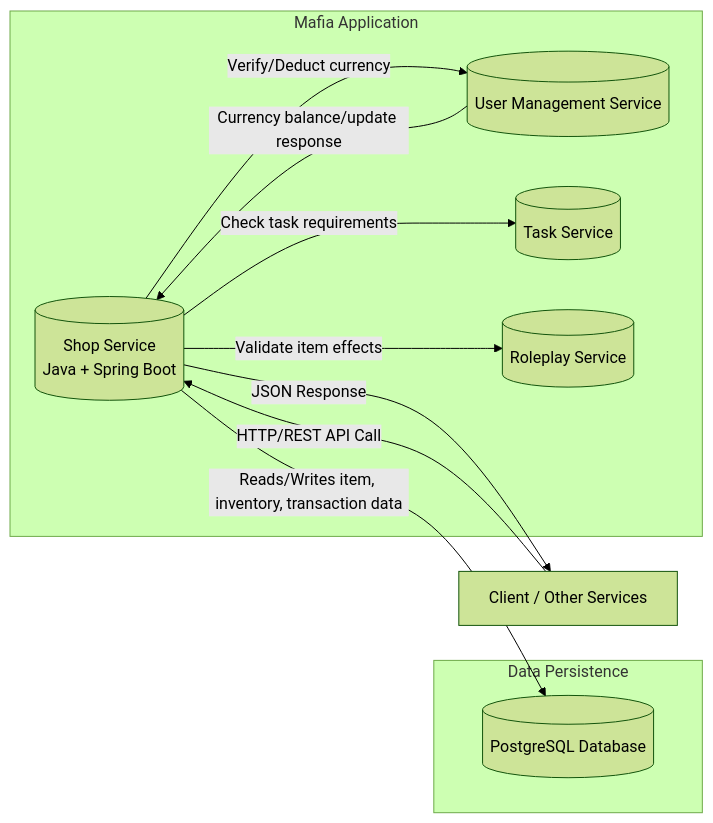
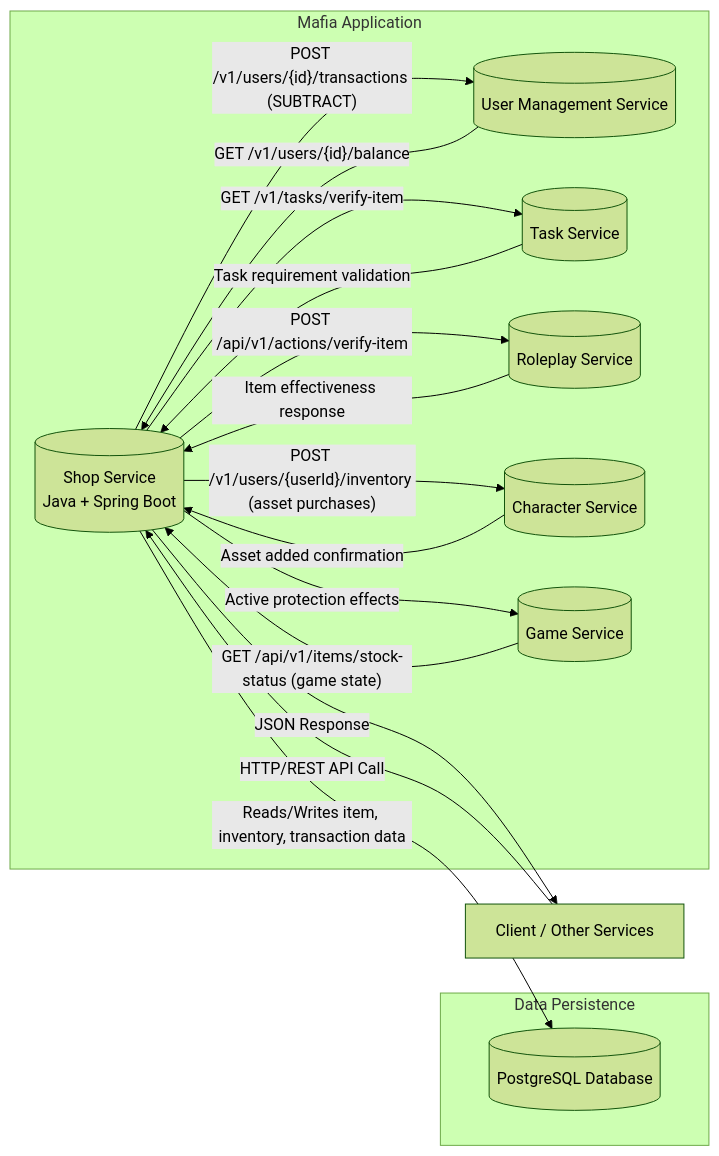
Before and after one commit to Flexksx/distributed_mafia_platform: the third of 13 diagrams in README.md, drawn with Mermaid (forest theme). The commit also changed other lines of this file, not shown here.

Commit message:
Update documentation with shop service improvements

````diff
--- a/README.md
+++ b/README.md
@@ -653,24 +787,32 @@
 ```mermaid
 flowchart LR
     subgraph MafiaApplication["Mafia Application"]
         SS[("Shop Service
         Java + Spring Boot")]
         UMS[("User Management Service")]
         TS[("Task Service")]
         RS[("Roleplay Service")]
+        CS[("Character Service")]
+        GS[("Game Service")]
     end
 
     subgraph DataPersistence["Data Persistence"]
         DB[(PostgreSQL Database)]
     end
 
     Client["Client / Other Services"]
 
     Client -- "HTTP/REST API Call" --> SS
     SS -- "JSON Response" --> Client
     SS -- "Reads/Writes item, inventory, transaction data" --> DB
-    SS -- "Verify/Deduct currency" --> UMS
-    UMS -- "Currency balance/update response" --> SS
-    SS -- "Validate item effects" --> RS
-    SS -- "Check task requirements" --> TS
+    SS -- "POST /v1/users/{id}/transactions (SUBTRACT)" --> UMS
+    UMS -- "GET /v1/users/{id}/balance" --> SS
+    SS -- "POST /api/v1/actions/verify-item" --> RS
+    RS -- "Item effectiveness response" --> SS
+    SS -- "GET /v1/tasks/verify-item" --> TS
+    TS -- "Task requirement validation" --> SS
+    SS -- "POST /v1/users/{userId}/inventory (asset purchases)" --> CS
+    CS -- "Asset added confirmation" --> SS
+    GS -- "GET /api/v1/items/stock-status (game state)" --> SS
+    SS -- "Active protection effects" --> GS
 ```
````
